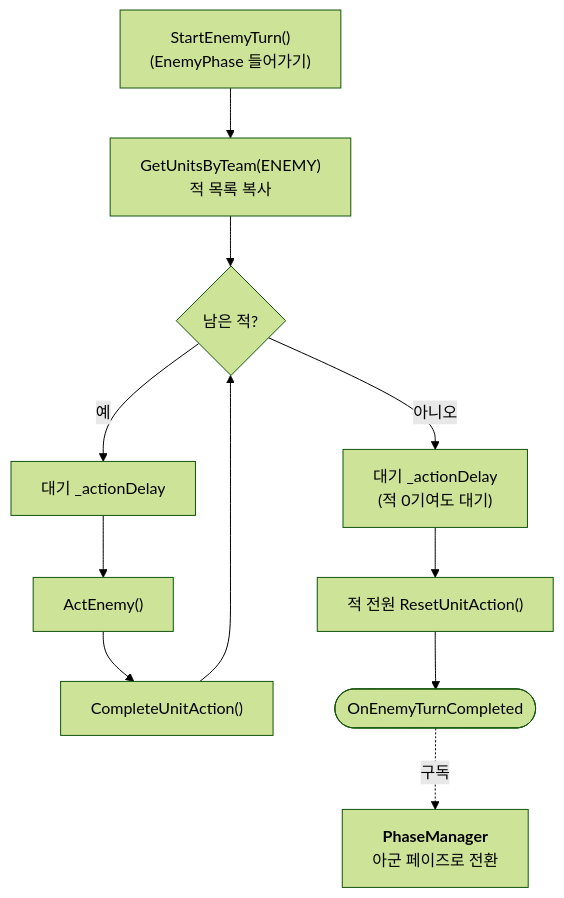
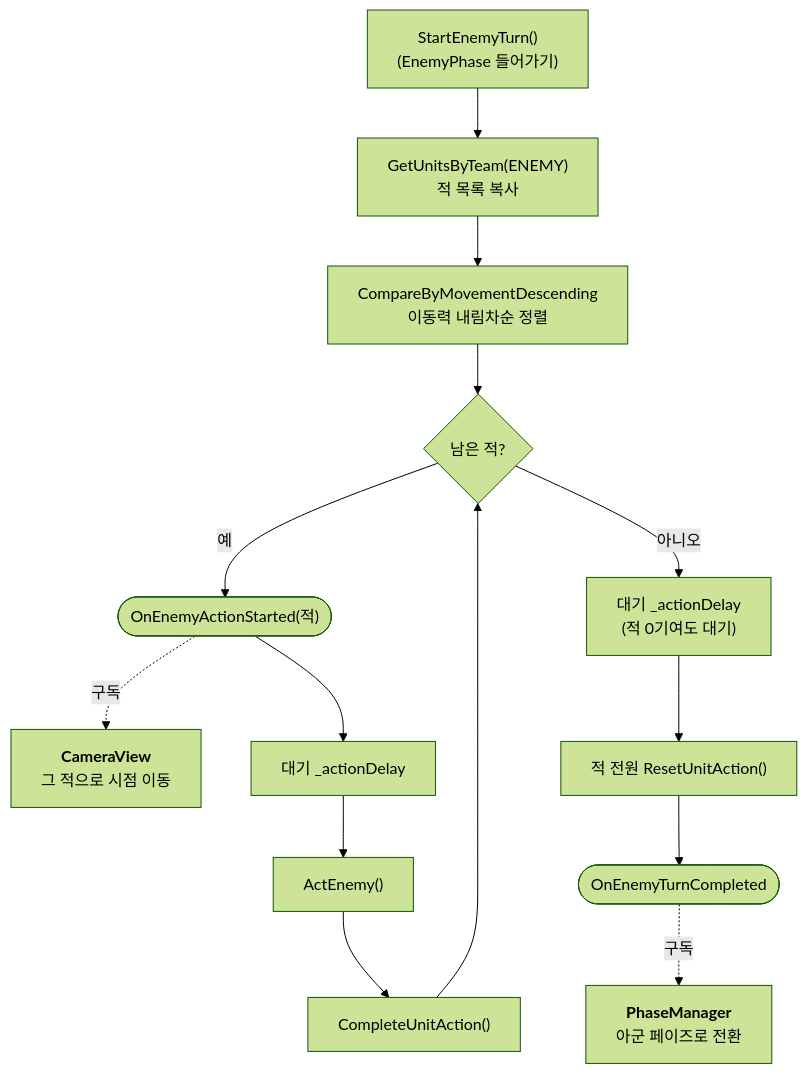
Before and after one commit to jayy5288sk/PersonalProject: diagram 21 of 36 in Docs/ImplementDocs/Diagram.md, drawn with Mermaid (forest theme). The commit also changed other lines of this file and 3 other files, not shown here.

Commit message:
[Docs] 남은 기술문서 작성 및 다이어그램 갱신

````diff
--- a/Docs/ImplementDocs/Diagram.md
+++ b/Docs/ImplementDocs/Diagram.md
@@ -457,13 +467,16 @@
 ```mermaid
 flowchart TB
     Start["StartEnemyTurn()<br/>(EnemyPhase 들어가기)"] --> Copy["GetUnitsByTeam(ENEMY)<br/>적 목록 복사"]
-    Copy --> Loop{"남은 적?"}
-    Loop -->|예| Wait["대기 _actionDelay"]
+    Copy --> Sort["CompareByMovementDescending<br/>이동력 내림차순 정렬"]
+    Sort --> Loop{"남은 적?"}
+    Loop -->|예| Focus(["OnEnemyActionStarted(적)"])
+    Focus -.->|구독| Cam["<b>CameraView</b><br/>그 적으로 시점 이동"]
+    Focus --> Wait["대기 _actionDelay"]
     Wait --> Act["ActEnemy()"]
     Act --> Done["CompleteUnitAction()"]
     Done --> Loop
     Loop -->|아니오| Last["대기 _actionDelay<br/>(적 0기여도 대기)"]
     Last --> Reset["적 전원 ResetUnitAction()"]
     Reset --> Evt(["OnEnemyTurnCompleted"])
     Evt -.->|구독| PM["<b>PhaseManager</b><br/>아군 페이즈로 전환"]
 ```
````
